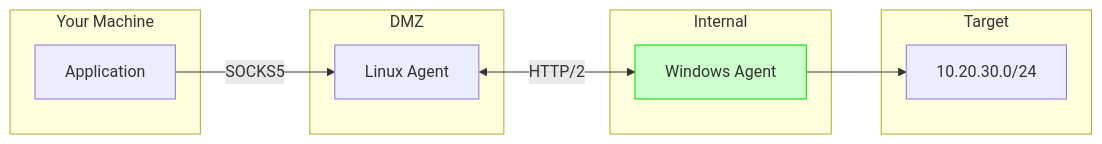
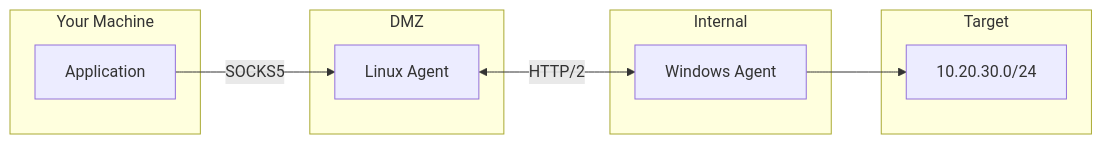
One commit to Muti-Metroo/Muti-Metroo changed the fourth of 4 diagrams in docs/docs/comparisons/vs-ssh-jump.md. Above: the diagram before and after it, drawn with Mermaid. The commit also changed other lines of this file and 156 other files, not shown here.

````diff
--- a/docs/docs/comparisons/vs-ssh-jump.md
+++ b/docs/docs/comparisons/vs-ssh-jump.md
@@ -234,24 +189,22 @@
 ```mermaid
 flowchart LR
     subgraph Your Machine
         App[Application]
     end
 
     subgraph DMZ
         Linux[Linux Agent]
     end
 
     subgraph Internal
         Windows[Windows Agent]
     end
 
     subgraph Target
         Final[10.20.30.0/24]
     end
 
     App -->|SOCKS5| Linux
     Linux <-->|HTTP/2| Windows
     Windows --> Final
-
-    style Windows fill:#ccffcc,stroke:#00cc00
 ```
````
